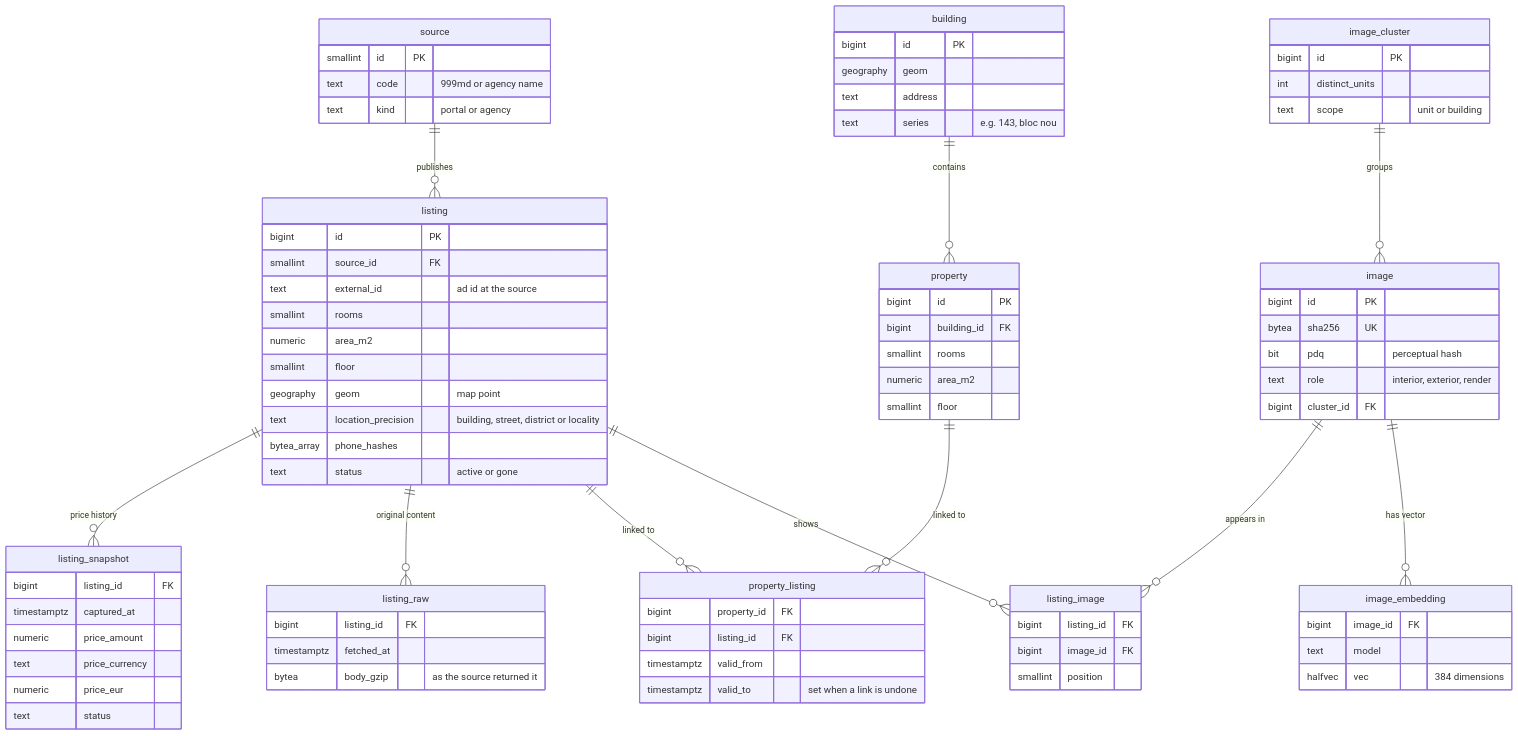
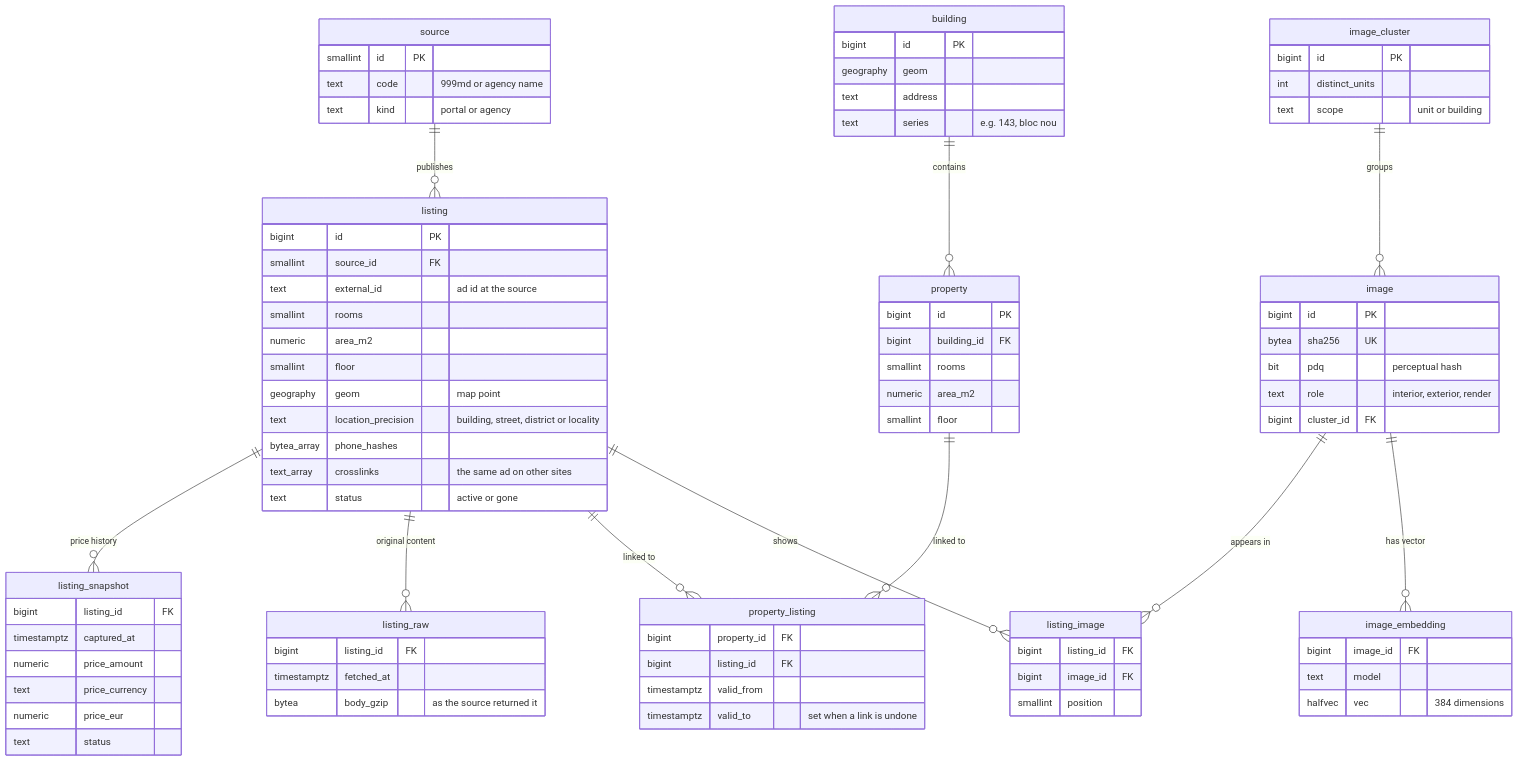
One commit to mcittkmims/apartment-lens changed the diagram in database/README.md. Above: the diagram before and after it, drawn with Mermaid. The commit also changed other lines of this file, not shown here.

Commit message:
Describe links between sites and what is never stored; point the scraper at the new sources

```diff
--- a/database/README.md
+++ b/database/README.md
@@ -32,6 +32,7 @@
         geography geom "map point"
         text location_precision "building, street, district or locality"
         bytea_array phone_hashes
+        text_array crosslinks "the same ad on other sites"
         text status "active or gone"
     }
     listing_raw {
```
